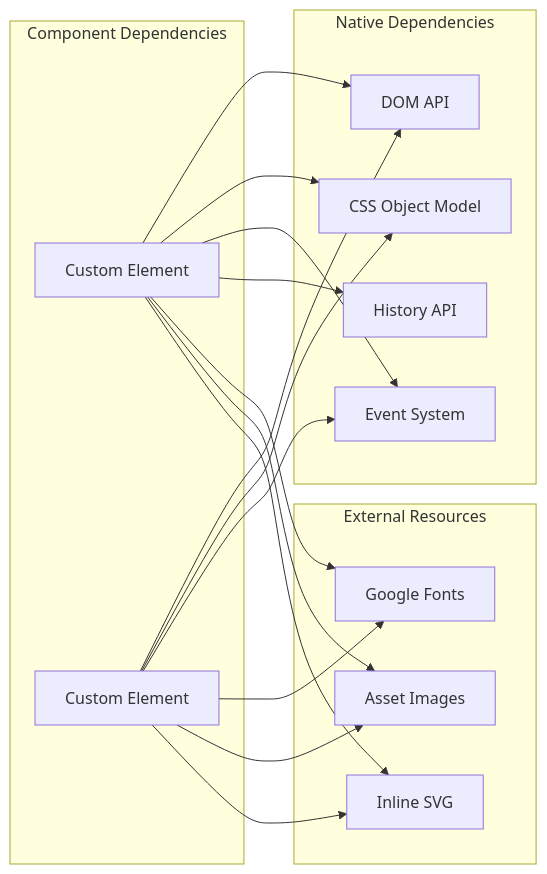
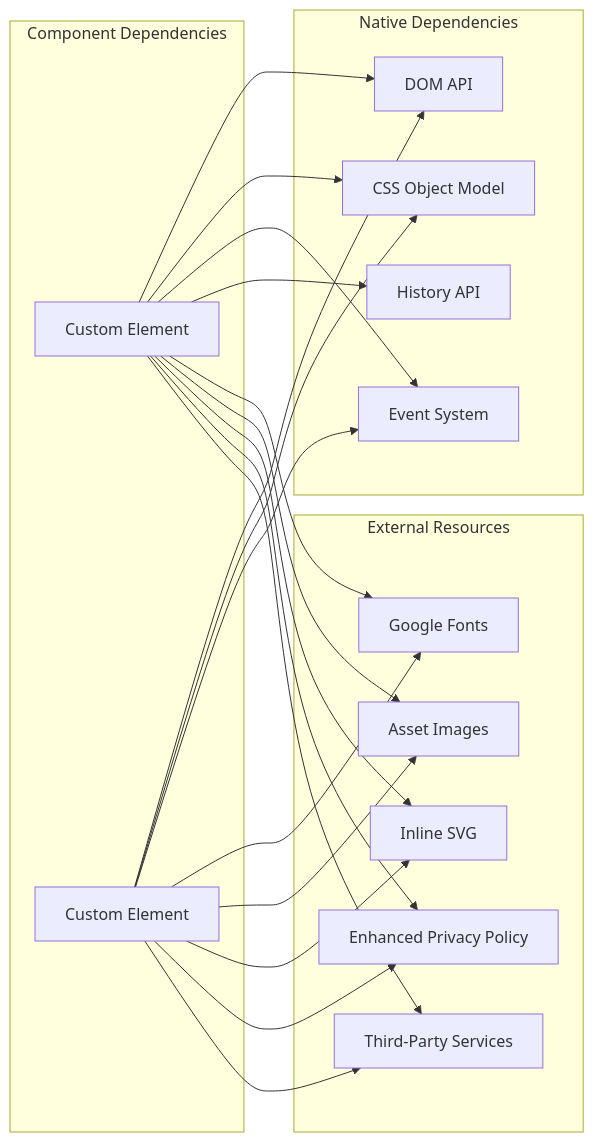
Before and after one commit to MimiGamesDev/mimigames-website: the ninth of 9 diagrams in .qoder/repowiki/en/content/Core Components.md, drawn with Mermaid. The commit also changed other lines of this file and 3 other files, not shown here.

````diff
--- a/.qoder/repowiki/en/content/Core Components.md
+++ b/.qoder/repowiki/en/content/Core Components.md
@@ -376,31 +391,37 @@
 ```mermaid
 graph LR
 subgraph "Native Dependencies"
 DOM[DOM API]
 CSSOM[CSS Object Model]
 Events[Event System]
 History[History API]
 end
 subgraph "Component Dependencies"
 MimiHeader[Custom Element]
 MimiFooter[Custom Element]
 end
 subgraph "External Resources"
 Fonts[Google Fonts]
 Images[Asset Images]
 SVG[Inline SVG]
+PrivacyPolicy[Enhanced Privacy Policy]
+ThirdPartyServices[Third-Party Services]
 end
 MimiHeader --> DOM
 MimiHeader --> CSSOM
 MimiHeader --> Events
 MimiHeader --> History
 MimiFooter --> DOM
 MimiFooter --> CSSOM
 MimiFooter --> Events
 MimiHeader --> Fonts
 MimiHeader --> Images
 MimiHeader --> SVG
 MimiFooter --> Fonts
 MimiFooter --> Images
 MimiFooter --> SVG
+MimiHeader --> PrivacyPolicy
+MimiFooter --> PrivacyPolicy
+MimiHeader --> ThirdPartyServices
+MimiFooter --> ThirdPartyServices
 ```
````
